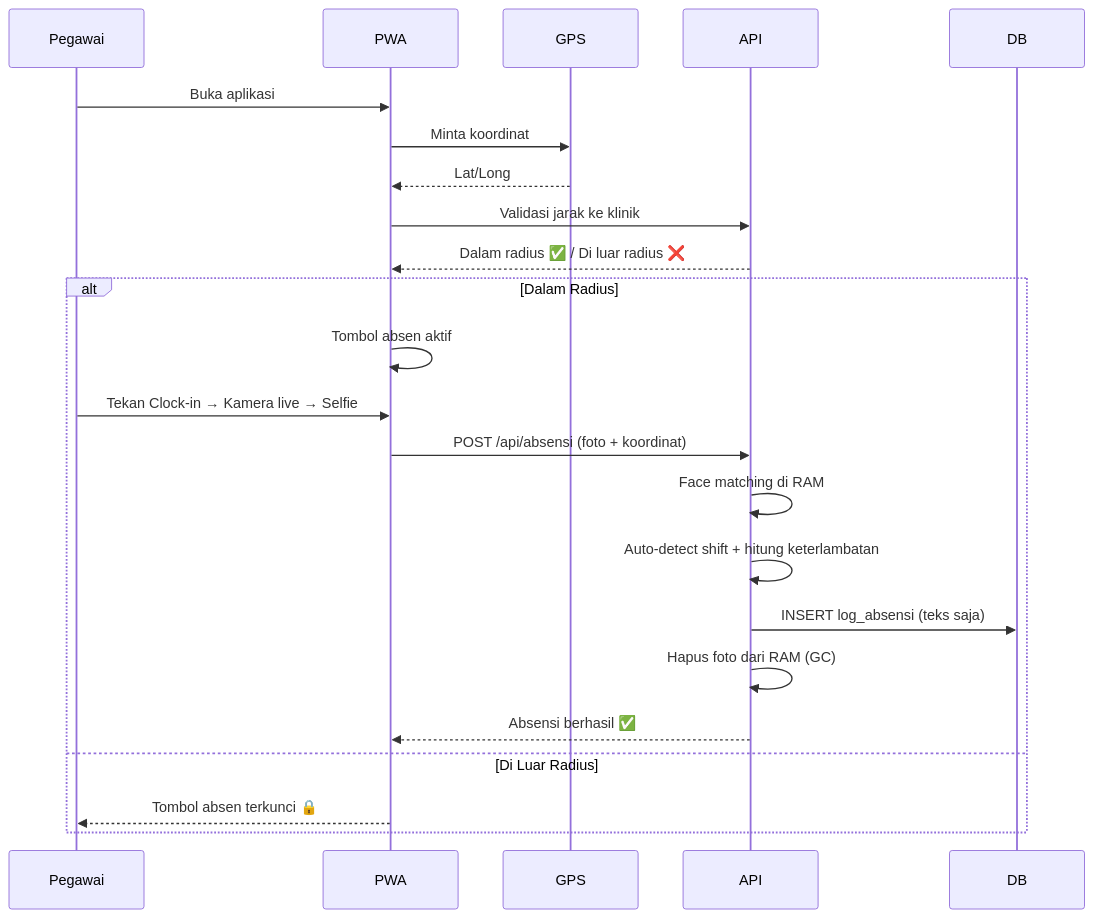
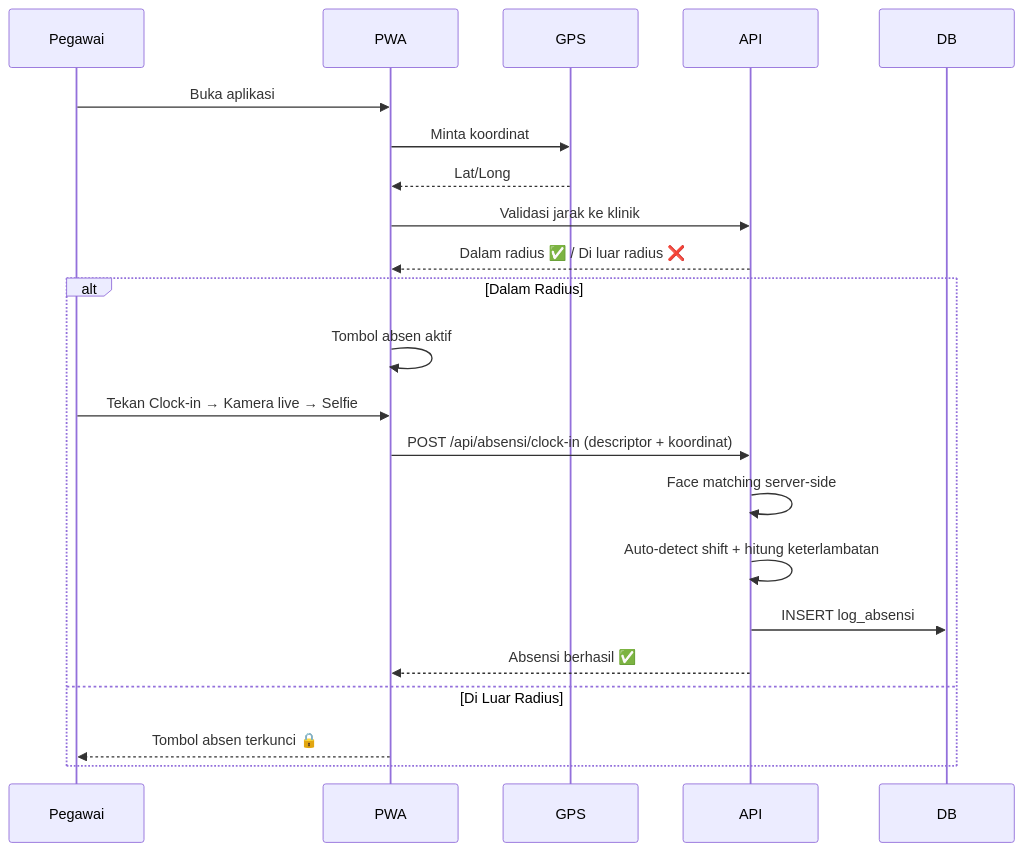
One commit to naufaldzihninn/absensiklinik changed the second of 3 diagrams in prd.md. Above: the diagram before and after it, drawn with Mermaid. The commit also changed other lines of this file and 68 other files, not shown here.

````diff
--- a/prd.md
+++ b/prd.md
@@ -167,27 +165,26 @@
 ```mermaid
 sequenceDiagram
     participant Pegawai
     participant PWA
     participant GPS
     participant API
     participant DB
 
     Pegawai->>PWA: Buka aplikasi
     PWA->>GPS: Minta koordinat
     GPS-->>PWA: Lat/Long
     PWA->>API: Validasi jarak ke klinik
     API-->>PWA: Dalam radius ✅ / Di luar radius ❌
 
     alt Dalam Radius
         PWA->>PWA: Tombol absen aktif
         Pegawai->>PWA: Tekan Clock-in → Kamera live → Selfie
-        PWA->>API: POST /api/absensi (foto + koordinat)
-        API->>API: Face matching di RAM
+        PWA->>API: POST /api/absensi/clock-in (descriptor + koordinat)
+        API->>API: Face matching server-side
         API->>API: Auto-detect shift + hitung keterlambatan
-        API->>DB: INSERT log_absensi (teks saja)
-        API->>API: Hapus foto dari RAM (GC)
+        API->>DB: INSERT log_absensi
         API-->>PWA: Absensi berhasil ✅
     else Di Luar Radius
         PWA-->>Pegawai: Tombol absen terkunci 🔒
     end
 ```
````
